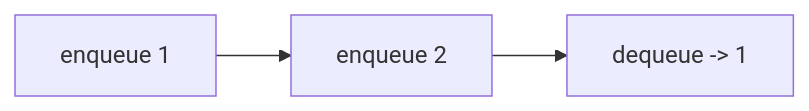
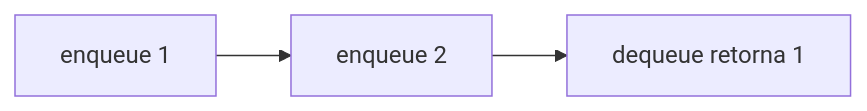
The second of 3 diagrams in book/data-structure/stacks-and-queues.md (rafaelluisdacostacoelho/software-engineering-study), drawn with Mermaid before and after one commit. The commit also changed other lines of this file and 3 other files, not shown here.

Commit message:
Refactor algorithm documentation: Update Mermaid diagrams for clarity and consistency in Arrays, Linked Lists, Stacks, and Queues sections.

````diff
--- a/book/data-structure/stacks-and-queues.md
+++ b/book/data-structure/stacks-and-queues.md
@@ -43,4 +43,4 @@
 ```mermaid
-flowchart LR
-	A[enqueue 1] --> B[enqueue 2] --> C[dequeue -> 1]
+graph LR
+A[enqueue 1] --> B[enqueue 2] --> C[dequeue retorna 1]
 ```
````
